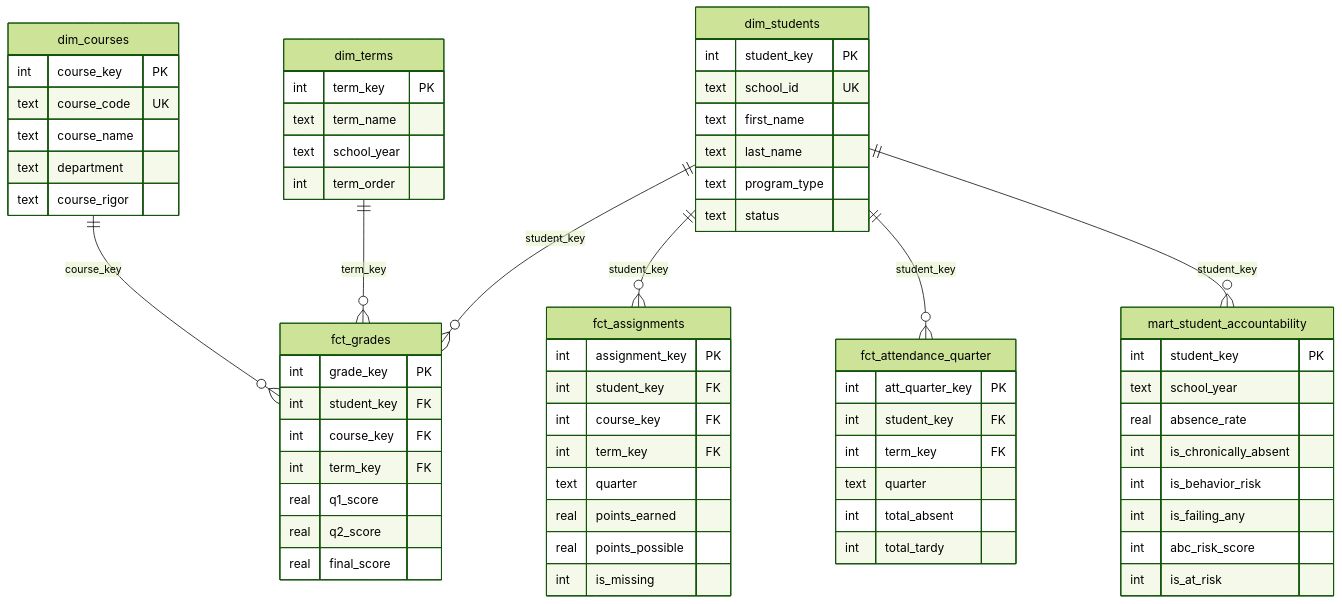
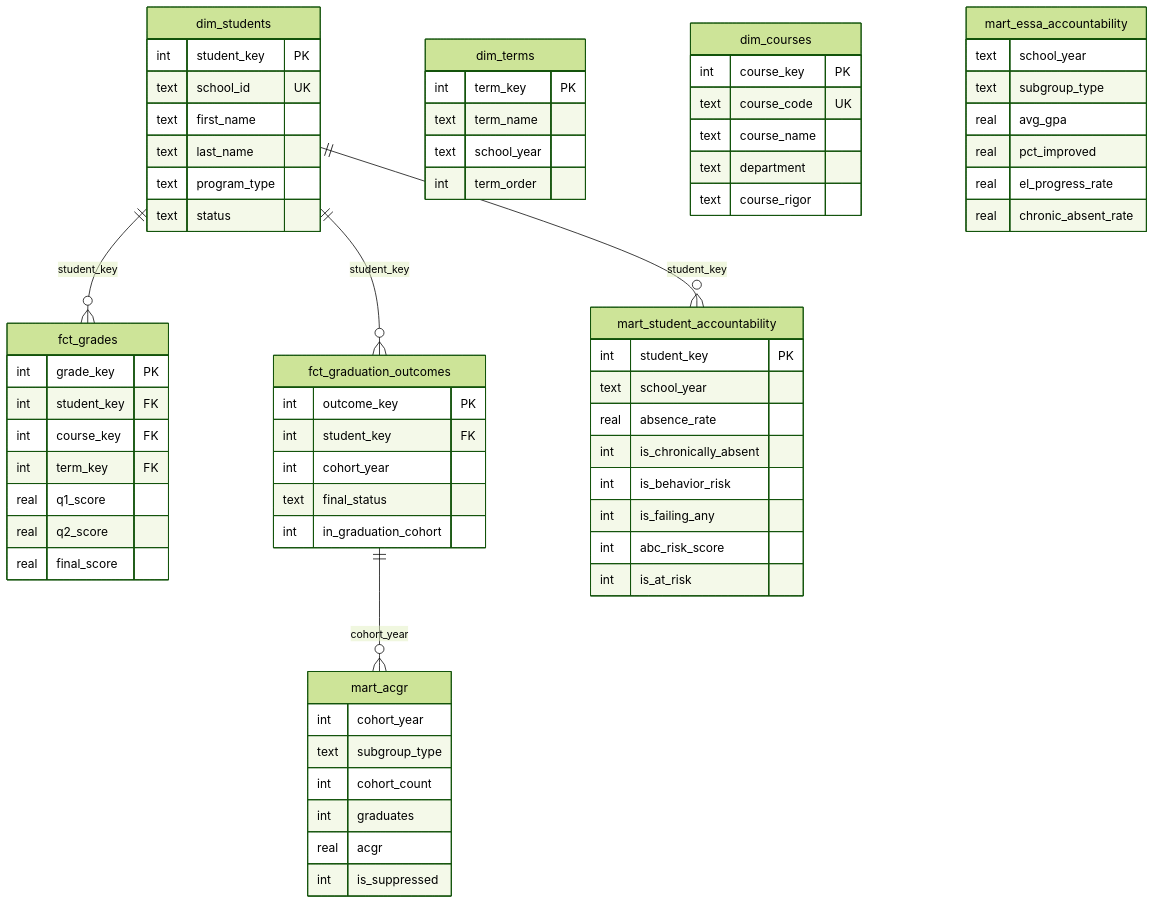
Before and after one commit to SamOryeJack/Education-Data: the diagram in README.md, drawn with Mermaid (forest theme). The commit also changed other lines of this file, not shown here.

````diff
--- a/README.md
+++ b/README.md
@@ -105,67 +150,70 @@
 ```mermaid
 erDiagram
     dim_students {
         int student_key PK
         text school_id UK
         text first_name
         text last_name
         text program_type
         text status
     }
     dim_terms {
         int term_key PK
         text term_name
         text school_year
         int term_order
     }
     dim_courses {
         int course_key PK
         text course_code UK
         text course_name
         text department
         text course_rigor
     }
     fct_grades {
         int grade_key PK
         int student_key FK
         int course_key FK
         int term_key FK
         real q1_score
         real q2_score
         real final_score
     }
-    fct_assignments {
-        int assignment_key PK
+    fct_graduation_outcomes {
+        int outcome_key PK
         int student_key FK
-        int course_key FK
-        int term_key FK
-        text quarter
-        real points_earned
-        real points_possible
-        int is_missing
-    }
-    fct_attendance_quarter {
-        int att_quarter_key PK
-        int student_key FK
-        int term_key FK
-        text quarter
-        int total_absent
-        int total_tardy
+        int cohort_year
+        text final_status
+        int in_graduation_cohort
     }
     mart_student_accountability {
         int student_key PK
         text school_year
         real absence_rate
         int is_chronically_absent
         int is_behavior_risk
         int is_failing_any
         int abc_risk_score
         int is_at_risk
     }
+    mart_acgr {
+        int cohort_year
+        text subgroup_type
+        int cohort_count
+        int graduates
+        real acgr
+        int is_suppressed
+    }
+    mart_essa_accountability {
+        text school_year
+        text subgroup_type
+        real avg_gpa
+        real pct_improved
+        real el_progress_rate
+        real chronic_absent_rate
+    }
     dim_students ||--o{ fct_grades : "student_key"
-    dim_courses ||--o{ fct_grades : "course_key"
-    dim_terms ||--o{ fct_grades : "term_key"
-    dim_students ||--o{ fct_assignments : "student_key"
-    dim_students ||--o{ fct_attendance_quarter : "student_key"
+    dim_students ||--o{ fct_graduation_outcomes : "student_key"
     dim_students ||--o{ mart_student_accountability : "student_key"
+    fct_graduation_outcomes ||--o{ mart_acgr : "cohort_year"
 ```
````
